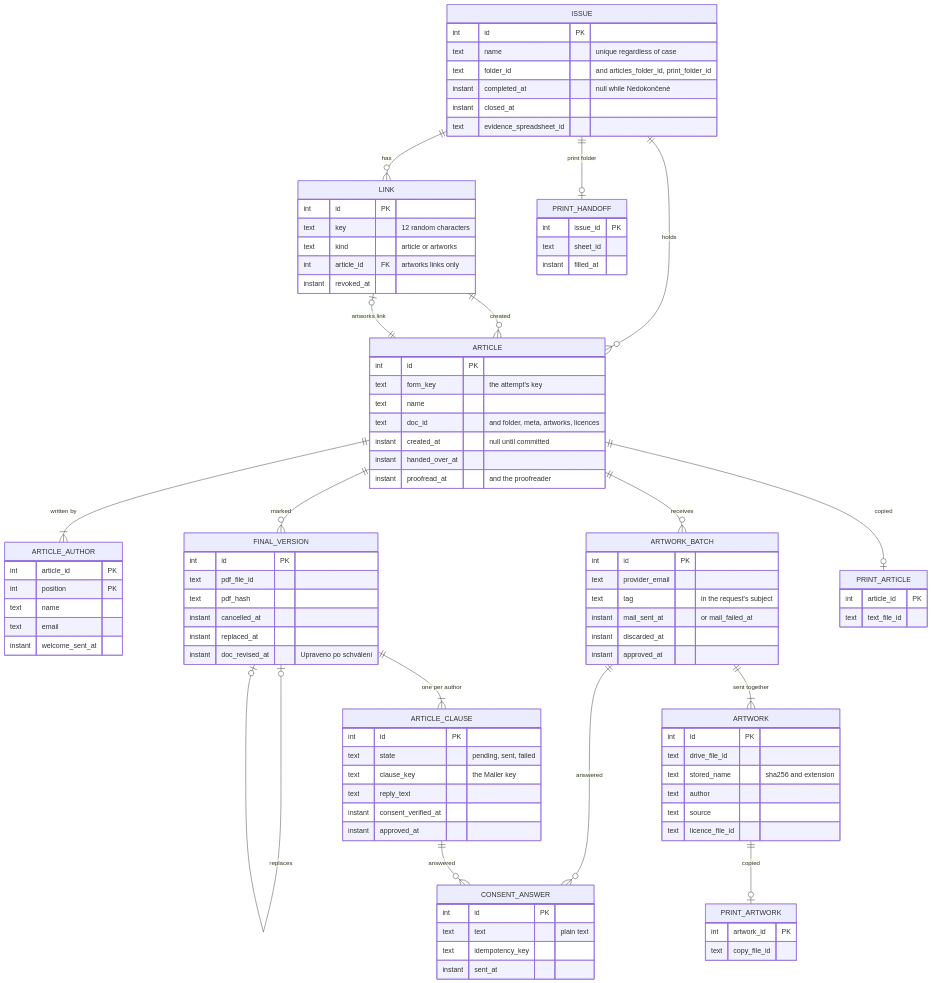
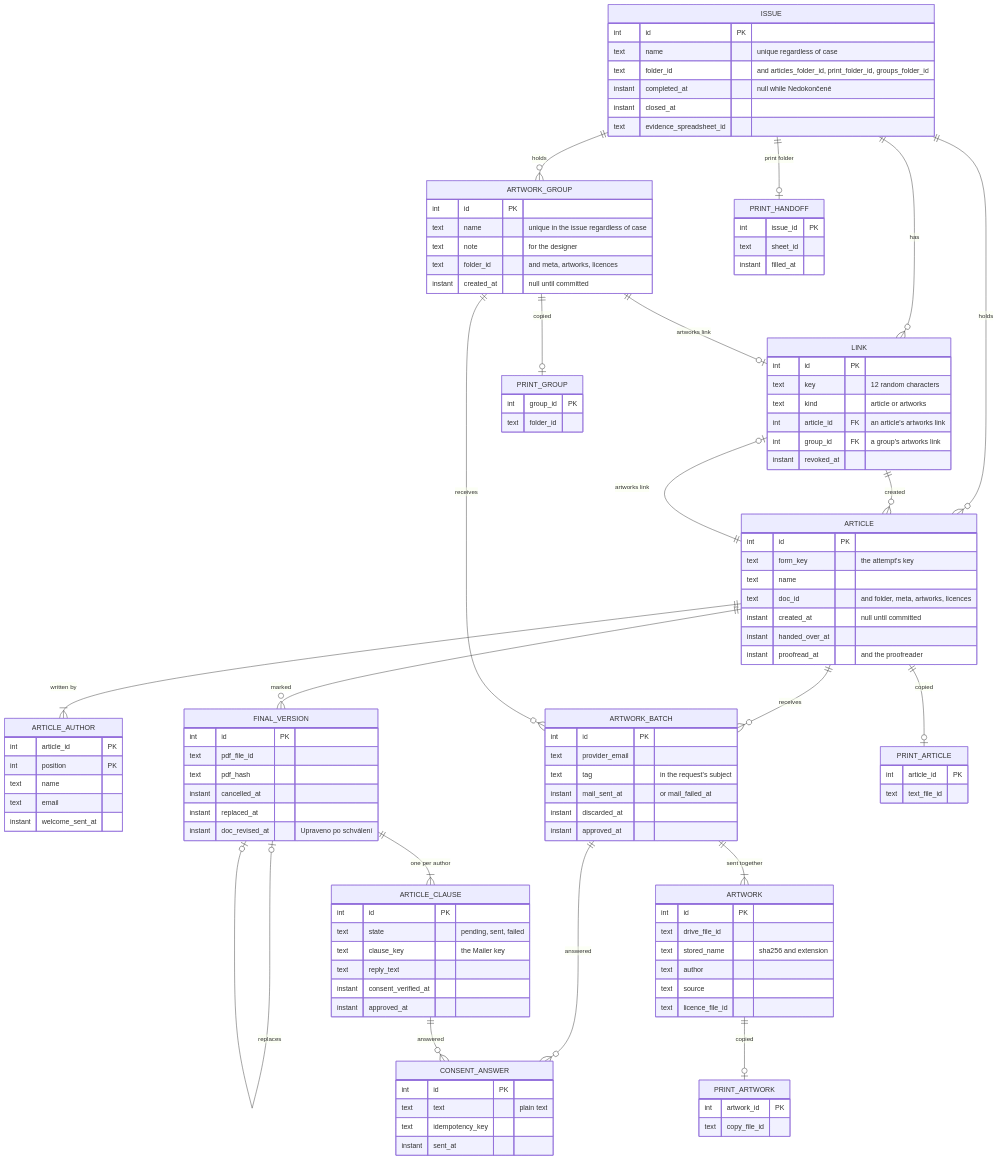
One commit to vednemesicnik/cz.vednemesicnik.publikace changed the second of 6 diagrams in docs/architecture.md. Above: the diagram before and after it, drawn with Mermaid. The commit also changed other lines of this file and 44 other files, not shown here.

First line of the commit message:
feat(issues): give an issue its artwork groups, with their link, consent and print folder (#146)

````diff
--- a/docs/architecture.md
+++ b/docs/architecture.md
@@ -89,17 +89,21 @@
   FINAL_VERSION ||--|{ ARTICLE_CLAUSE : "one per author"
   FINAL_VERSION |o--o| FINAL_VERSION : "replaces"
   ARTICLE ||--o{ ARTWORK_BATCH : "receives"
+  ISSUE ||--o{ ARTWORK_GROUP : "holds"
+  ARTWORK_GROUP ||--o| LINK : "artworks link"
+  ARTWORK_GROUP ||--o{ ARTWORK_BATCH : "receives"
   ARTWORK_BATCH ||--|{ ARTWORK : "sent together"
   ARTWORK_BATCH ||--o{ CONSENT_ANSWER : "answered"
   ARTICLE_CLAUSE ||--o{ CONSENT_ANSWER : "answered"
   ISSUE ||--o| PRINT_HANDOFF : "print folder"
   ARTICLE ||--o| PRINT_ARTICLE : "copied"
   ARTWORK ||--o| PRINT_ARTWORK : "copied"
+  ARTWORK_GROUP ||--o| PRINT_GROUP : "copied"
 
   ISSUE {
     int id PK
     text name "unique regardless of case"
-    text folder_id "and articles_folder_id, print_folder_id"
+    text folder_id "and articles_folder_id, print_folder_id, groups_folder_id"
     instant completed_at "null while Nedokončené"
     instant closed_at
     text evidence_spreadsheet_id
@@ -108,8 +112,16 @@
     int id PK
     text key "12 random characters"
     text kind "article or artworks"
-    int article_id FK "artworks links only"
+    int article_id FK "an article's artworks link"
+    int group_id FK "a group's artworks link"
     instant revoked_at
+  }
+  ARTWORK_GROUP {
+    int id PK
+    text name "unique in the issue regardless of case"
+    text note "for the designer"
+    text folder_id "and meta, artworks, licences"
+    instant created_at "null until committed"
   }
   ARTICLE {
     int id PK
@@ -178,4 +190,8 @@
     int artwork_id PK
     text copy_file_id
   }
+  PRINT_GROUP {
+    int group_id PK
+    text folder_id
+  }
 ```
````
